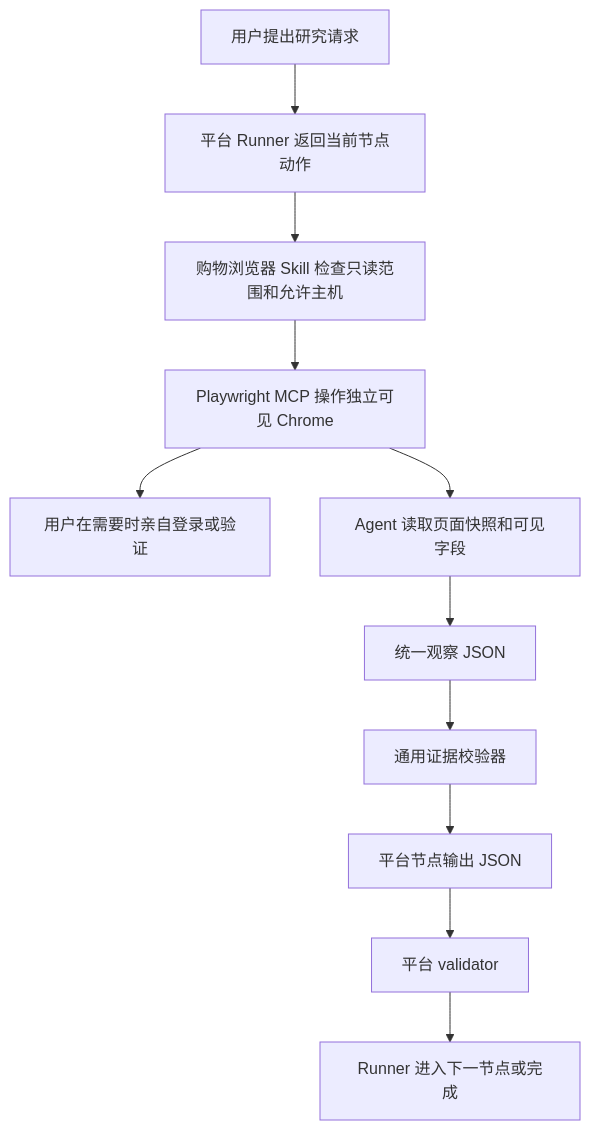
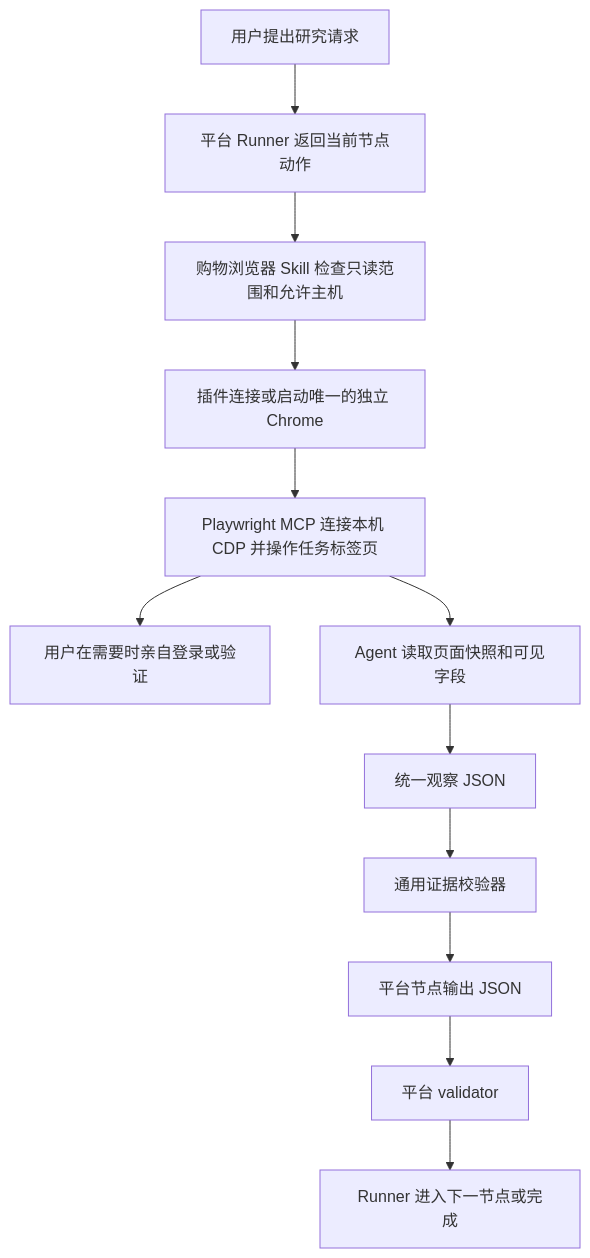
One commit to AIALRA-0/AIALRA-SHOPPING-BROWSER changed the diagram in docs/architecture.md. Above: the diagram before and after it, drawn with Mermaid. The commit also changed other lines of this file and 13 other files, not shown here.

````diff
--- a/docs/architecture.md
+++ b/docs/architecture.md
@@ -19,13 +20,14 @@
 ```mermaid
 flowchart TD
     A["用户提出研究请求"] --> B["平台 Runner 返回当前节点动作"]
     B --> C["购物浏览器 Skill 检查只读范围和允许主机"]
-    C --> D["Playwright MCP 操作独立可见 Chrome"]
-    D --> E["用户在需要时亲自登录或验证"]
-    D --> F["Agent 读取页面快照和可见字段"]
-    F --> G["统一观察 JSON"]
-    G --> H["通用证据校验器"]
-    H --> I["平台节点输出 JSON"]
-    I --> J["平台 validator"]
-    J --> K["Runner 进入下一节点或完成"]
+    C --> D["插件连接或启动唯一的独立 Chrome"]
+    D --> E["Playwright MCP 连接本机 CDP 并操作任务标签页"]
+    E --> F["用户在需要时亲自登录或验证"]
+    E --> G["Agent 读取页面快照和可见字段"]
+    G --> H["统一观察 JSON"]
+    H --> I["通用证据校验器"]
+    I --> J["平台节点输出 JSON"]
+    J --> K["平台 validator"]
+    K --> L["Runner 进入下一节点或完成"]
 ```
````
